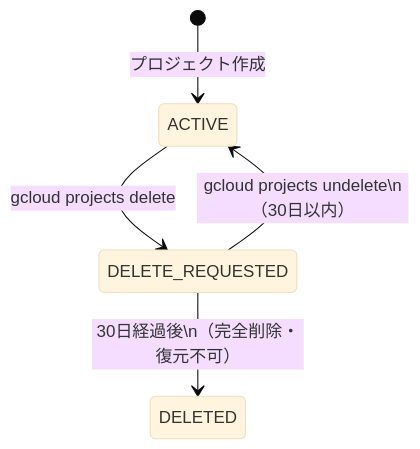
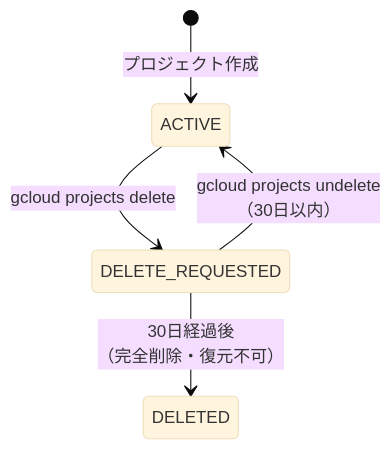
The fourth of 51 diagrams in Gcp-ace-complete-advanced-guide.md (myoshi2891/Cloud-Infrastructure-Studies), drawn with Mermaid (base theme) before and after one commit. The commit also changed other lines of this file and 1 other file, not shown here.

Commit message:
docs: improve Mermaid diagram formatting and include source HTML for ACE guide

````diff
--- a/Gcp-ace-complete-advanced-guide.md
+++ b/Gcp-ace-complete-advanced-guide.md
@@ -103,7 +103,7 @@
 ```mermaid
 stateDiagram-v2
     [*] --> ACTIVE : プロジェクト作成
     ACTIVE --> DELETE_REQUESTED : gcloud projects delete
-    DELETE_REQUESTED --> ACTIVE : gcloud projects undelete\n（30日以内）
-    DELETE_REQUESTED --> DELETED : 30日経過後\n（完全削除・復元不可）
+    DELETE_REQUESTED --> ACTIVE : gcloud projects undelete<br>（30日以内）
+    DELETE_REQUESTED --> DELETED : 30日経過後<br>（完全削除・復元不可）
 ```
````
